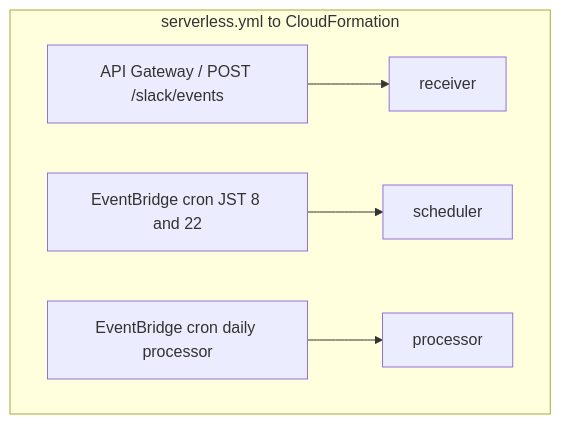
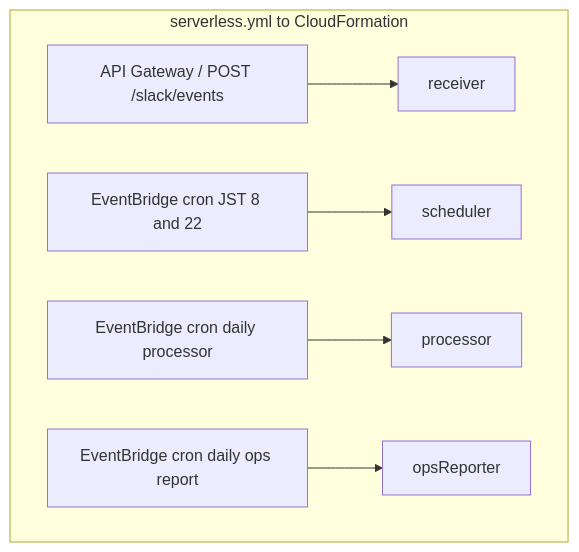
One commit to YoshimuraKoei/koei-clone changed the second of 10 diagrams in ARCHITECTURE.md. Above: the diagram before and after it, drawn with Mermaid. The commit also changed other lines of this file and 12 other files, not shown here.

````diff
--- a/ARCHITECTURE.md
+++ b/ARCHITECTURE.md
@@ -48,15 +53,18 @@
 ```mermaid
 flowchart TB
   subgraph deploy["serverless.yml to CloudFormation"]
     AG["API Gateway / POST /slack/events"]
     L1[receiver]
     L2[scheduler]
     L3[processor]
+    L4[opsReporter]
     R1["EventBridge cron JST 8 and 22"]
     R2["EventBridge cron daily processor"]
+    R3["EventBridge cron daily ops report"]
   end
 
   AG --> L1
   R1 --> L2
   R2 --> L3
+  R3 --> L4
 ```
````
